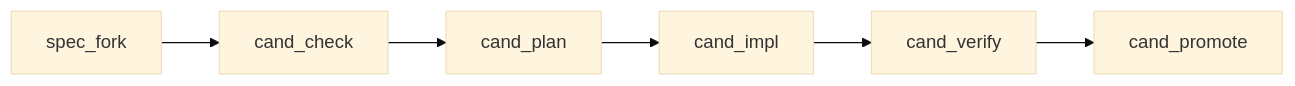
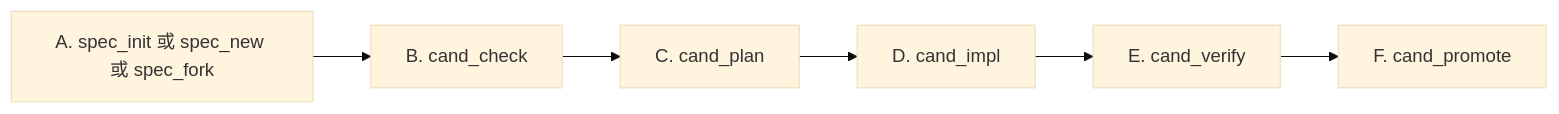
The fourth of 7 diagrams in README.zh-CN.md (mfblog/specflow), drawn with Mermaid (base theme) before and after one commit. The commit also changed other lines of this file and 1 other file, not shown here.

````diff
--- a/README.zh-CN.md
+++ b/README.zh-CN.md
@@ -492,8 +414,8 @@
 ```mermaid
 flowchart LR
-    A["spec_fork"] --> B["cand_check"]
-    B --> C["cand_plan"]
-    C --> D["cand_impl"]
-    D --> E["cand_verify"]
-    E --> F["cand_promote"]
+    A["A. spec_init 或 spec_new 或 spec_fork"] --> B["B. cand_check"]
+    B --> C["C. cand_plan"]
+    C --> D["D. cand_impl"]
+    D --> E["E. cand_verify"]
+    E --> F["F. cand_promote"]
 ```
````
